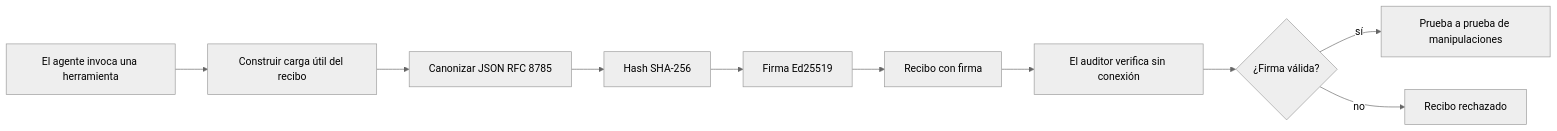
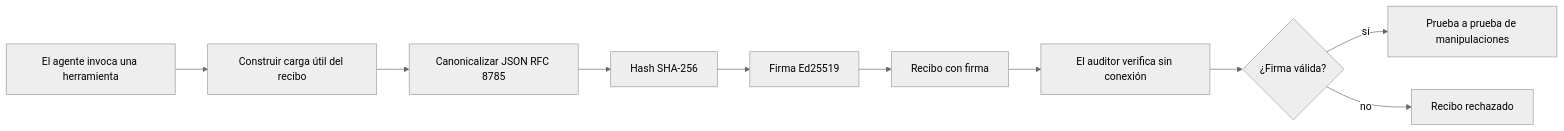
The first of 2 diagrams in mirrors/repos/microsoft@ai-agents-for-beginners/translations/es/18-securing-ai-agents/README.md (gabrielmoreira/agent-skills-mirror), drawn with Mermaid (neutral theme) before and after one commit. The commit also changed other lines of this file and 2285 other files, not shown here.

````diff
--- a/mirrors/repos/microsoft@ai-agents-for-beginners/translations/es/18-securing-ai-agents/README.md
+++ b/mirrors/repos/microsoft@ai-agents-for-beginners/translations/es/18-securing-ai-agents/README.md
@@ -51,12 +51,12 @@
 ```mermaid
 flowchart LR
     A[El agente invoca una herramienta] --> B[Construir carga útil del recibo]
-    B --> C[Canonizar JSON RFC 8785]
+    B --> C[Canonicalizar JSON RFC 8785]
     C --> D[Hash SHA-256]
     D --> E[Firma Ed25519]
     E --> F[Recibo con firma]
     F --> G[El auditor verifica sin conexión]
     G --> H{¿Firma válida?}
     H -- sí --> I[Prueba a prueba de manipulaciones]
     H -- no --> J[Recibo rechazado]
 ```
````
